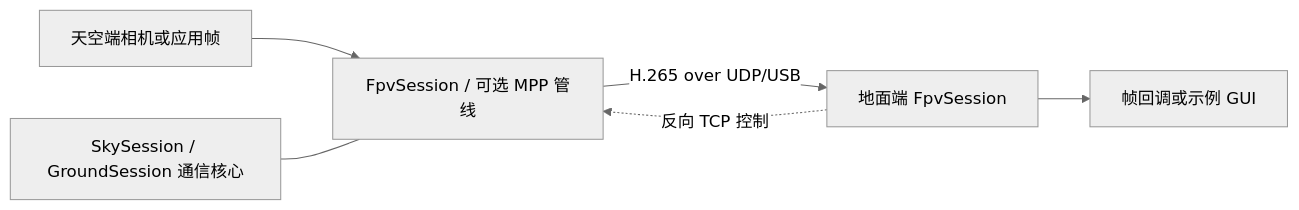
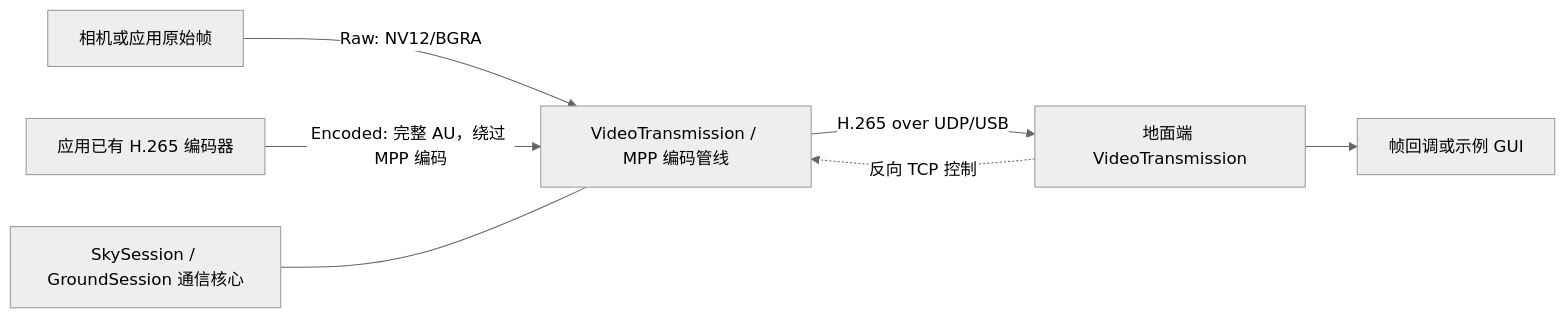
One commit to spacemit-robotics/realtime-link changed the diagram in README.md. Above: the diagram before and after it, drawn with Mermaid (neutral theme). The commit also changed other lines of this file and 57 other files, not shown here.

Commit message:
feat: add video transmission

````diff
--- a/README.md
+++ b/README.md
@@ -7,8 +7,9 @@
 ```mermaid
 graph LR
-  Camera[天空端相机或应用帧] --> Pipeline[FpvSession / 可选 MPP 管线]
-  Pipeline -->|H.265 over UDP/USB| Ground[地面端 FpvSession]
+  Camera[相机或应用原始帧] -->|Raw: NV12/BGRA| Pipeline[VideoTransmission / MPP 编码管线]
+  Encoder[应用已有 H.265 编码器] -->|Encoded: 完整 AU，绕过 MPP 编码| Pipeline
+  Pipeline -->|H.265 over UDP/USB| Ground[地面端 VideoTransmission]
   Ground --> Output[帧回调或示例 GUI]
   Ground -.反向 TCP 控制.-> Pipeline
   Core[SkySession / GroundSession 通信核心] --- Pipeline
 ```
````
